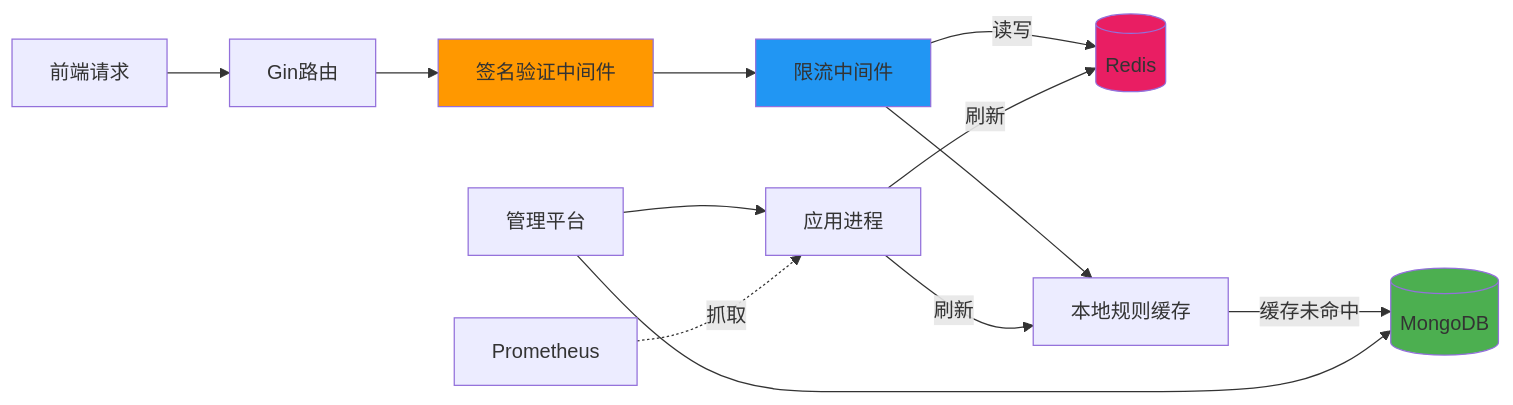
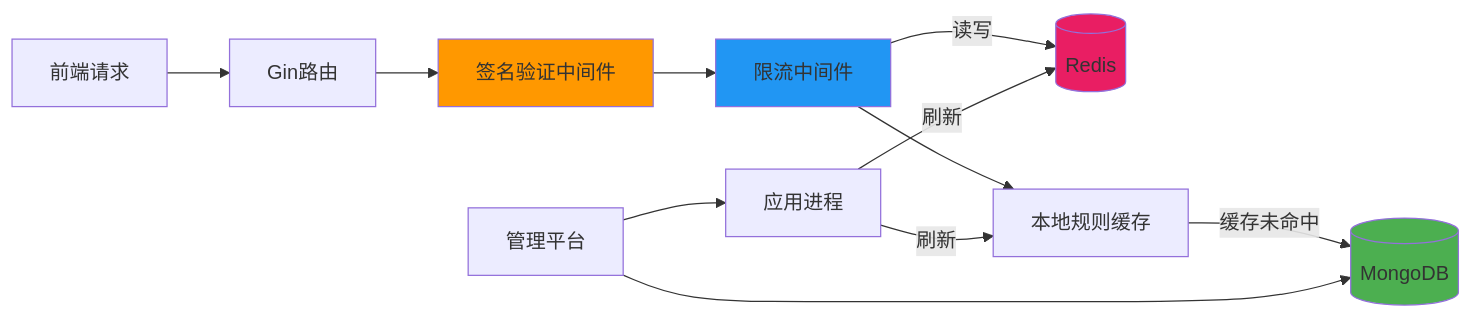
The diagram in all/未命名-2.md (yingjianzh/iodraw-files), drawn with Mermaid before and after one commit.

Commit message:
2025-10-13 16:23:30 update

````diff
--- a/all/未命名-2.md
+++ b/all/未命名-2.md
@@ -1,21 +1,21 @@
 ```mermaid
 flowchart LR
     FE[前端请求] --> GIN[Gin路由]
     GIN --> AUTH[签名验证中间件]
     AUTH --> RL[限流中间件]
     RL -->|读写| REDIS[(Redis)]
     RL --> CACHE[本地规则缓存]
     CACHE -->|缓存未命中| MONGO[(MongoDB)]
     
     ADMIN[管理平台] --> MONGO
     ADMIN --> APP[应用进程]
     APP -->|刷新| REDIS
     APP -->|刷新| CACHE
     
-    PROM[Prometheus] -.->|抓取| APP
+   
     
     style AUTH fill:#ff9800
     style RL fill:#2196f3
     style REDIS fill:#e91e63
     style MONGO fill:#4caf50
 ```
````
